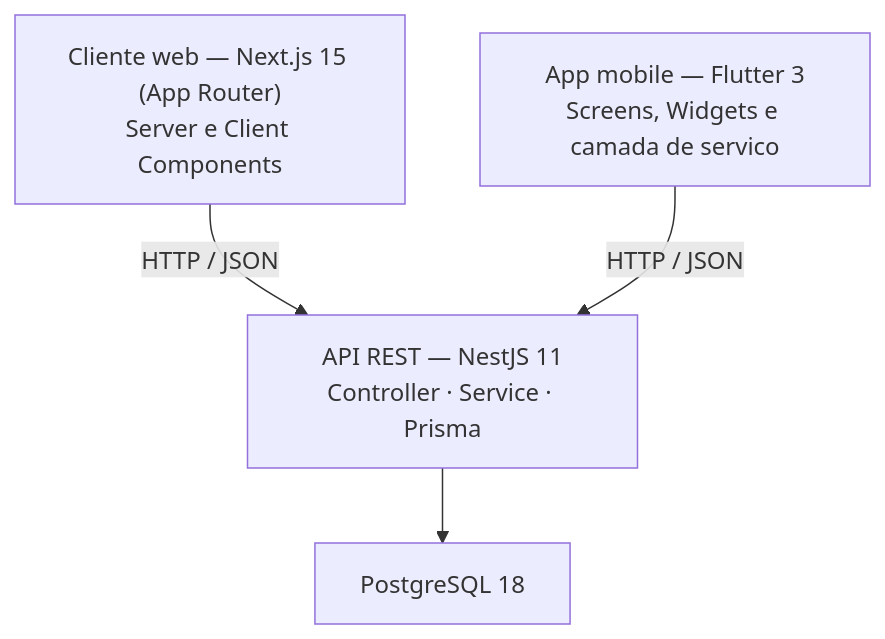
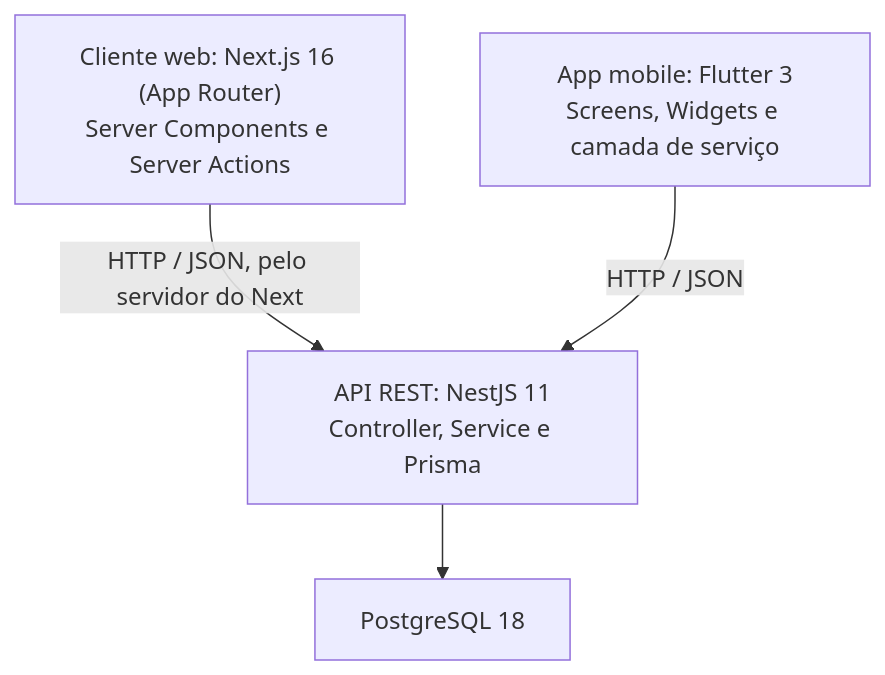
Before and after one commit to hyagu1nho/campo-conectado: the second of 2 diagrams in docs/prd.md, drawn with Mermaid. The commit also changed other lines of this file and 2 other files, not shown here.

````diff
--- a/docs/prd.md
+++ b/docs/prd.md
@@ -192,10 +360,10 @@
 ```mermaid
 flowchart TD
-  W["Cliente web — Next.js 15 (App Router)<br/>Server e Client Components"]
-  M["App mobile — Flutter 3<br/>Screens, Widgets e camada de servico"]
-  A["API REST — NestJS 11<br/>Controller · Service · Prisma"]
+  W["Cliente web: Next.js 16 (App Router)<br/>Server Components e Server Actions"]
+  M["App mobile: Flutter 3<br/>Screens, Widgets e camada de serviço"]
+  A["API REST: NestJS 11<br/>Controller, Service e Prisma"]
   D["PostgreSQL 18"]
-  W -->|HTTP / JSON| A
+  W -->|HTTP / JSON, pelo servidor do Next| A
   M -->|HTTP / JSON| A
   A --> D
 ```
````
